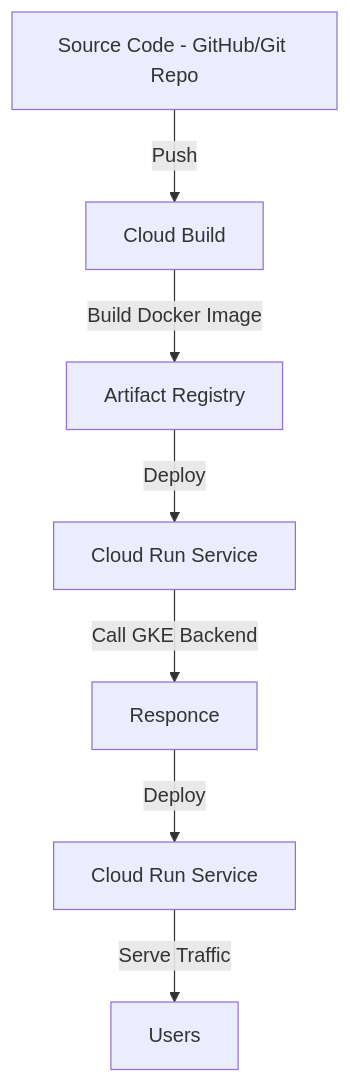
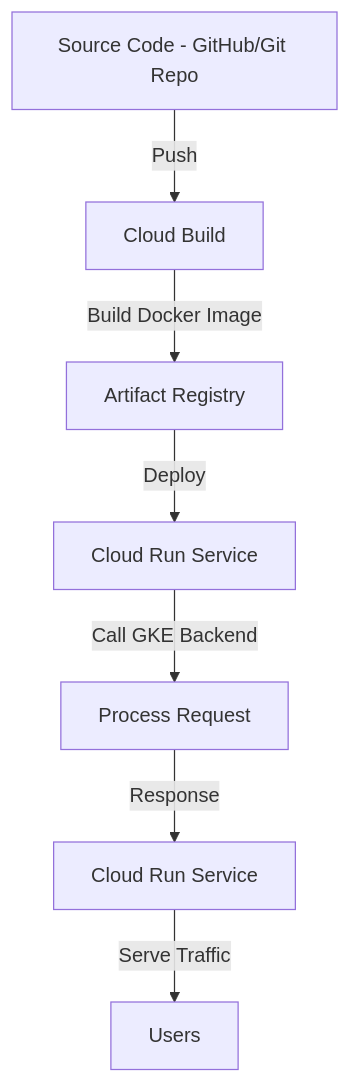
One commit to Sahil-502/cloudrun-gke-bridge changed the diagram in README.md. Above: the diagram before and after it, drawn with Mermaid.

````diff
--- a/README.md
+++ b/README.md
@@ -6,9 +6,9 @@
 ```mermaid
 flowchart TD
     A[Source Code - GitHub/Git Repo] -->|Push| B[Cloud Build]
     B -->|Build Docker Image| C[Artifact Registry]
     C -->|Deploy| D[Cloud Run Service]
-    D -->|Call GKE Backend| E[Responce]
-    E -->|Deploy| F[Cloud Run Service]
+    D -->|Call GKE Backend| E[Process Request]
+    E -->|Response| F[Cloud Run Service]
     F -->|Serve Traffic| G[Users]
 ```
````
